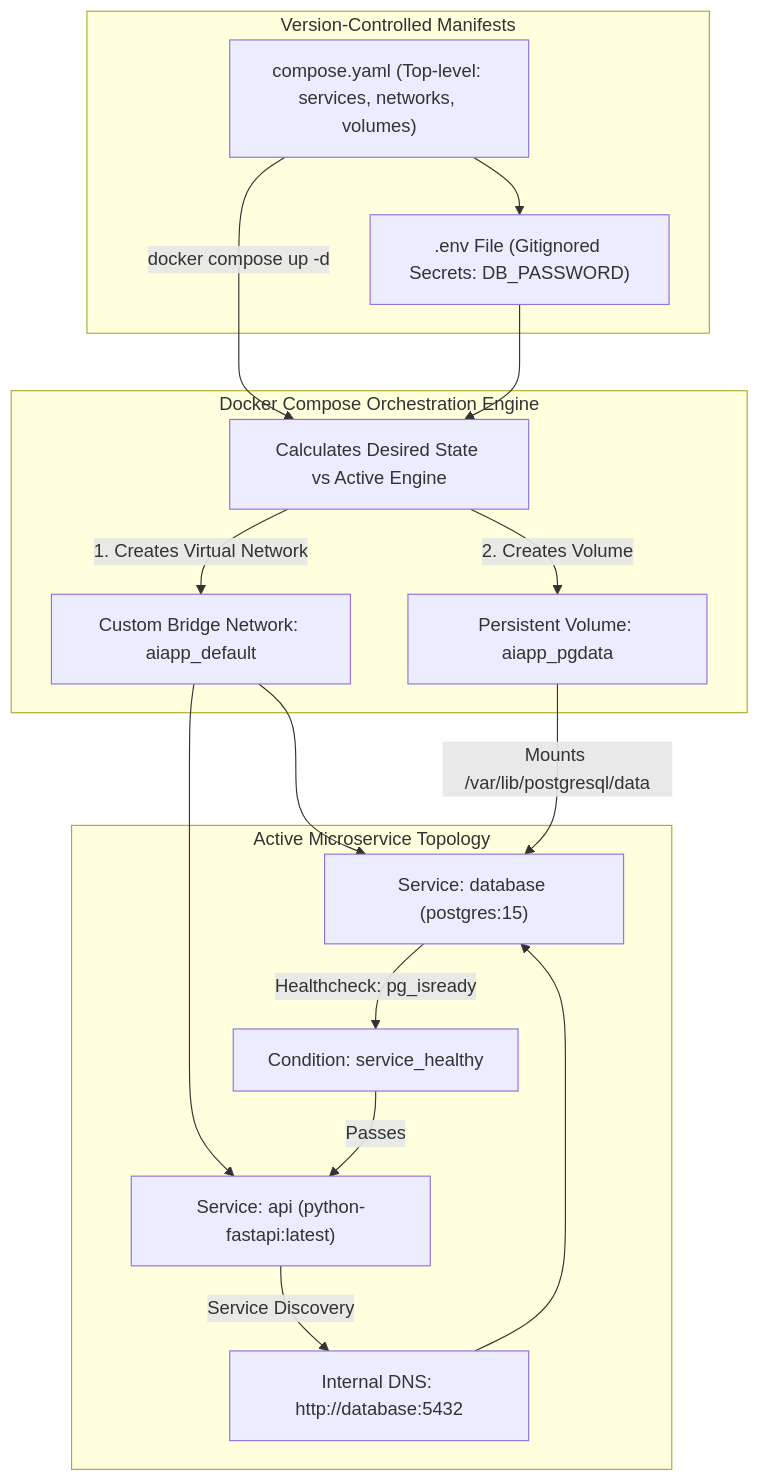
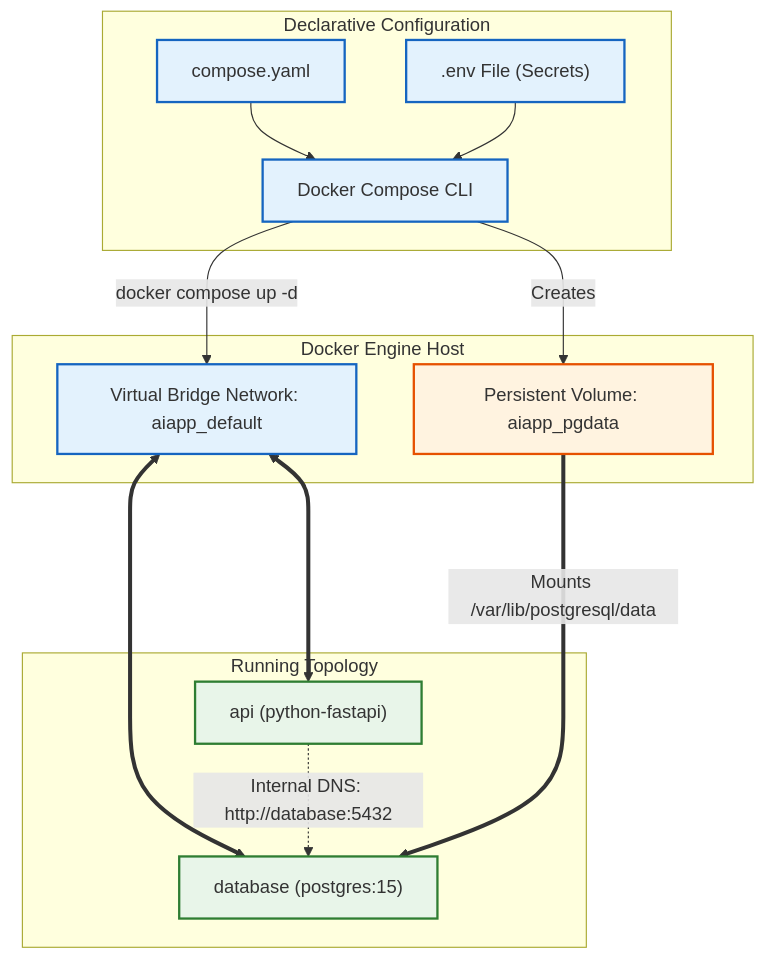
The diagram in courses/platform-engineering/modules/module-06/lesson-03.md (aloysiuspattath/platform-engineering-ai-course), drawn with Mermaid before and after one commit. The commit also changed 114 other files, not shown here.

Commit message:
refactor: massive swarm diagram review enforcing architectural layers and strict color palette

````diff
--- a/courses/platform-engineering/modules/module-06/lesson-03.md
+++ b/courses/platform-engineering/modules/module-06/lesson-03.md
@@ -100,23 +100,38 @@
 ```mermaid
 flowchart TD
-    subgraph DeclarativeManifest [Version-Controlled Manifests]
-        YAML["compose.yaml (Top-level: services, networks, volumes)"] --> ENV[".env File (Gitignored Secrets: DB_PASSWORD)"]
+    classDef userSpace fill:#e3f2fd,stroke:#1565c0,stroke-width:2px;
+    classDef container fill:#e8f5e9,stroke:#2e7d32,stroke-width:2px;
+    classDef storage fill:#fff3e0,stroke:#e65100,stroke-width:2px;
+
+    subgraph ConfigSpace [Declarative Configuration]
+        YAML["compose.yaml"]
+        ENV[".env File (Secrets)"]
+        CLI["Docker Compose CLI"]
+        
+        YAML --> CLI
+        ENV --> CLI
     end
 
-    subgraph ComposeEngine [Docker Compose Orchestration Engine]
-        YAML -->|docker compose up -d| UP["Calculates Desired State vs Active Engine"]
-        ENV --> UP
-        UP -->|1. Creates Virtual Network| NET["Custom Bridge Network: aiapp_default"]
-        UP -->|2. Creates Volume| VOL["Persistent Volume: aiapp_pgdata"]
+    subgraph DockerHost [Docker Engine Host]
+        NET["Virtual Bridge Network: aiapp_default"]
+        VOL["Persistent Volume: aiapp_pgdata"]
+        
+        CLI -->|docker compose up -d| NET
+        CLI -->|Creates| VOL
     end
 
-    subgraph RunningTopology [Active Microservice Topology]
-        NET --> DB["Service: database (postgres:15)"]
-        VOL -->|Mounts /var/lib/postgresql/data| DB
-        DB -->|Healthcheck: pg_isready| HC["Condition: service_healthy"]
-        NET --> API["Service: api (python-fastapi:latest)"]
-        HC -->|Passes| API
-        API -->|Service Discovery| DNS["Internal DNS: http://database:5432"]
-        DNS --> DB
+    subgraph ContainerSpace [Running Topology]
+        DB["database (postgres:15)"]
+        API["api (python-fastapi)"]
+        
+        NET <==> DB
+        NET <==> API
+        VOL ====>|Mounts /var/lib/postgresql/data| DB
+        
+        API -.->|Internal DNS: http://database:5432| DB
     end
+
+    class YAML,ENV,CLI,NET userSpace;
+    class DB,API container;
+    class VOL storage;
 ```
````
